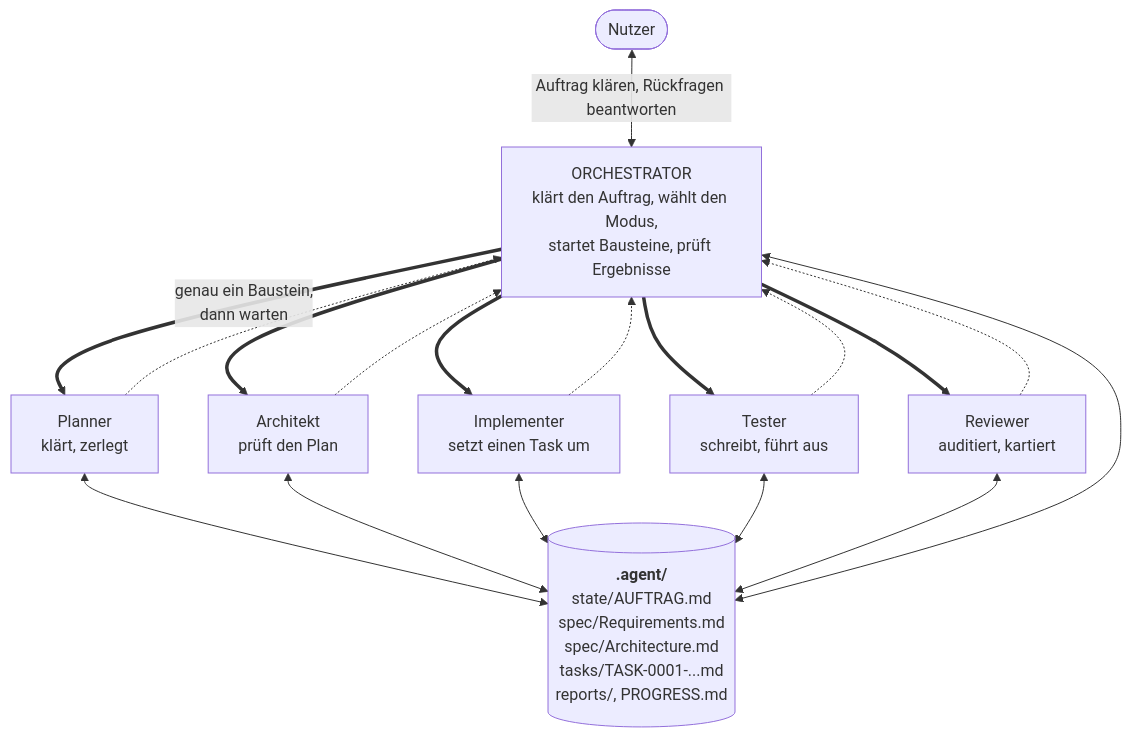
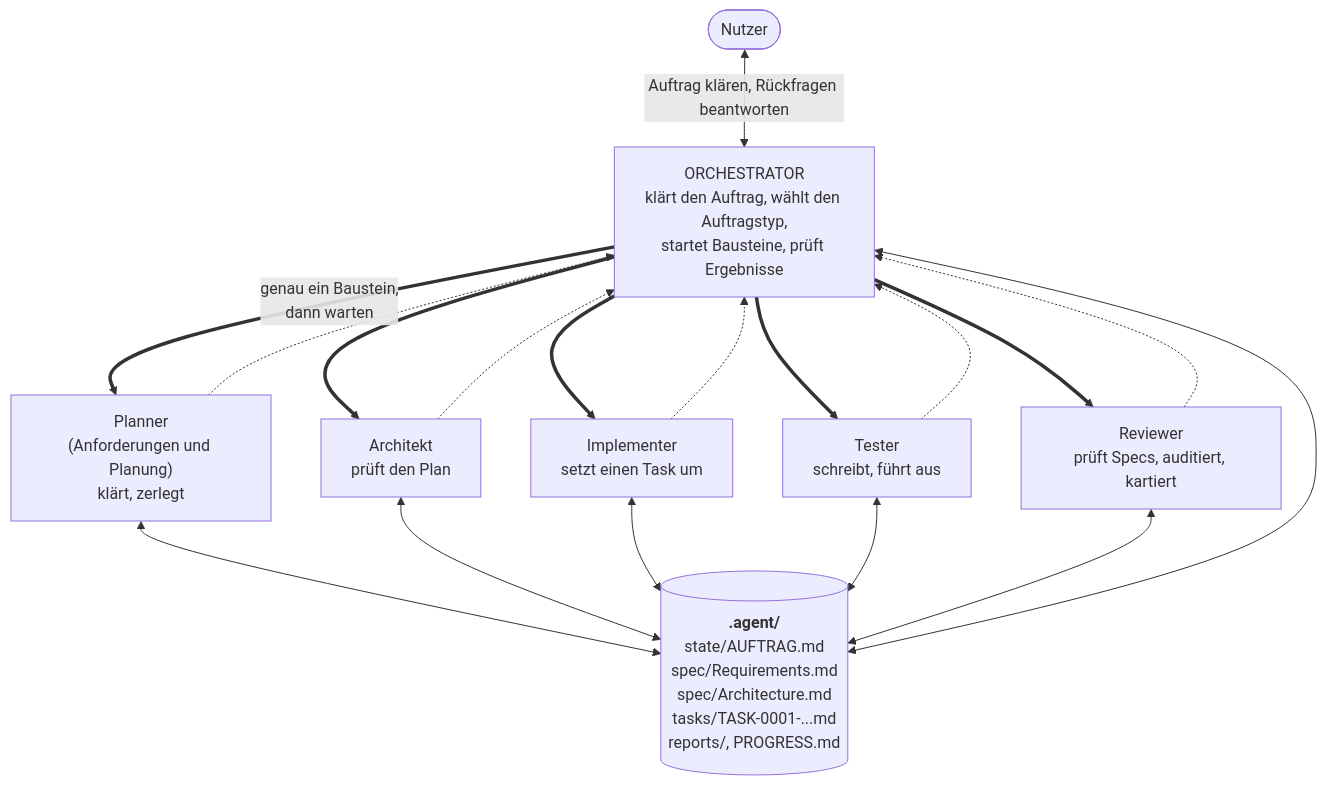
Before and after one commit to zzzk/agent-workflow: the first of 3 diagrams in AGENT_WORKFLOW.md, drawn with Mermaid. The commit also changed other lines of this file and 22 other files, not shown here.

````diff
--- a/AGENT_WORKFLOW.md
+++ b/AGENT_WORKFLOW.md
@@ -42,19 +56,19 @@
 ```mermaid
 flowchart TB
     U(["Nutzer"])
-    O["ORCHESTRATOR<br/>klärt den Auftrag, wählt den Modus,<br/>startet Bausteine, prüft Ergebnisse"]
+    O["ORCHESTRATOR<br/>klärt den Auftrag, wählt den Auftragstyp,<br/>startet Bausteine, prüft Ergebnisse"]
     U <-->|"Auftrag klären, Rückfragen beantworten"| O
 
-    O ==>|"genau ein Baustein,<br/>dann warten"| P["Planner<br/>klärt, zerlegt"]
+    O ==>|"genau ein Baustein,<br/>dann warten"| P["Planner<br/>(Anforderungen und Planung)<br/>klärt, zerlegt"]
     O ==> A["Architekt<br/>prüft den Plan"]
     O ==> I["Implementer<br/>setzt einen Task um"]
     O ==> T["Tester<br/>schreibt, führt aus"]
-    O ==> R["Reviewer<br/>auditiert, kartiert"]
+    O ==> R["Reviewer<br/>prüft Specs, auditiert, kartiert"]
 
     P & A & I & T & R -.-> O
 
     F[("<b>.agent/</b><br/>state/AUFTRAG.md<br/>spec/Requirements.md<br/>spec/Architecture.md<br/>tasks/TASK-0001-...md<br/>reports/, PROGRESS.md")]
 
     P & A & I & T & R <--> F
     O <--> F
 ```
````
